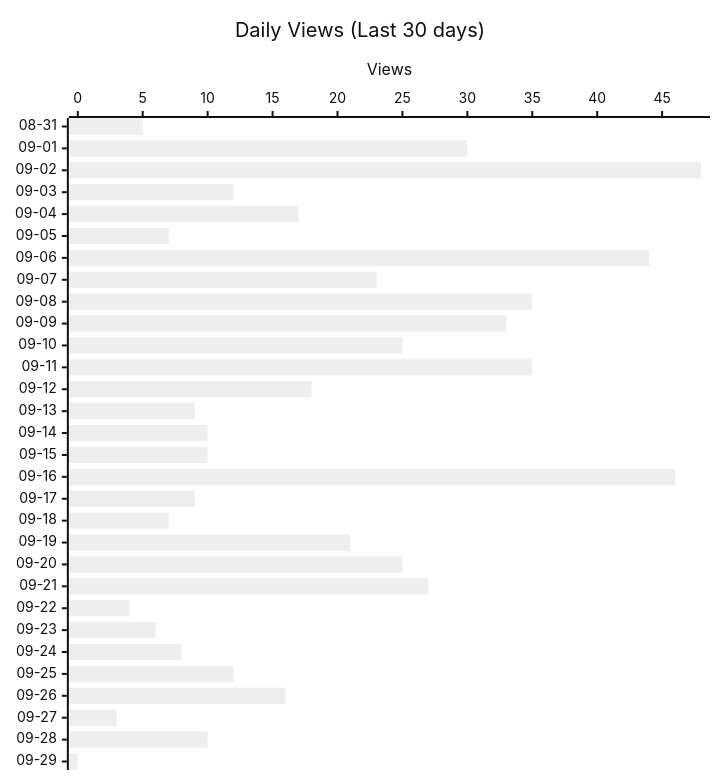
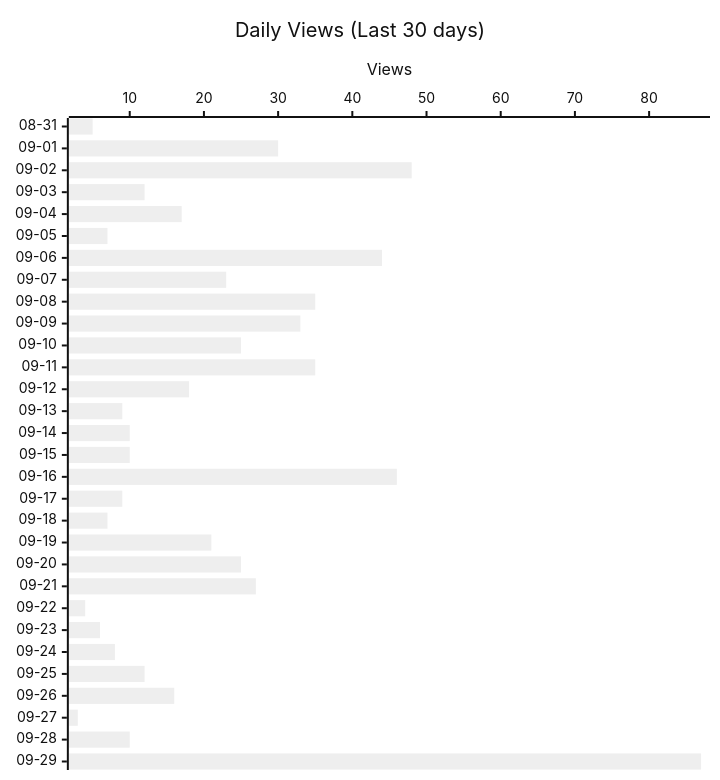
Before and after one commit to shigechika/github-insights: the second of 4 diagrams in README.md, drawn with Mermaid (neutral theme). The commit also changed other lines of this file and 2 other files, not shown here.

````diff
--- a/README.md
+++ b/README.md
@@ -28,12 +28,12 @@
 ```mermaid
 ---
 config:
   xyChart:
     height: 760
 ---
 xychart-beta horizontal
     title "Daily Views (Last 30 days)"
     x-axis ["08-31", "09-01", "09-02", "09-03", "09-04", "09-05", "09-06", "09-07", "09-08", "09-09", "09-10", "09-11", "09-12", "09-13", "09-14", "09-15", "09-16", "09-17", "09-18", "09-19", "09-20", "09-21", "09-22", "09-23", "09-24", "09-25", "09-26", "09-27", "09-28", "09-29"]
     y-axis "Views"
-    bar [5, 30, 48, 12, 17, 7, 44, 23, 35, 33, 25, 35, 18, 9, 10, 10, 46, 9, 7, 21, 25, 27, 4, 6, 8, 12, 16, 3, 10, 0]
+    bar [5, 30, 48, 12, 17, 7, 44, 23, 35, 33, 25, 35, 18, 9, 10, 10, 46, 9, 7, 21, 25, 27, 4, 6, 8, 12, 16, 3, 10, 87]
 ```
````
